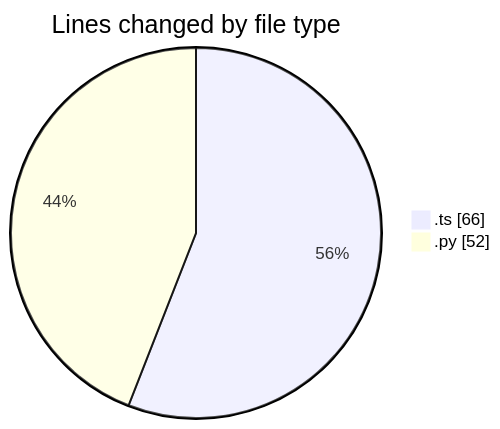
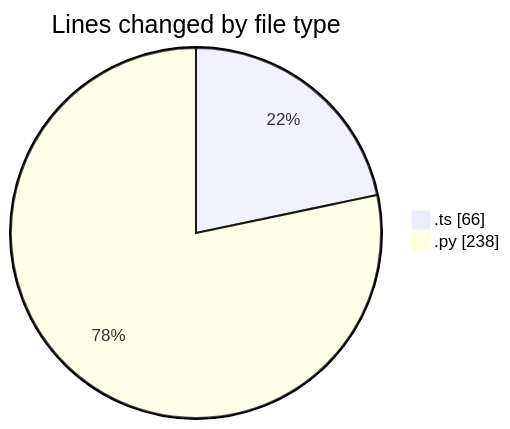
One commit to Elitesun/code-tracking changed the first of 2 diagrams in 2025-05-19/niten/README.md. Above: the diagram before and after it, drawn with Mermaid. The commit also changed other lines of this file and 1 other file, not shown here.

````diff
--- a/2025-05-19/niten/README.md
+++ b/2025-05-19/niten/README.md
@@ -21,6 +22,6 @@
 ```mermaid
 pie showData
 title Lines changed by file type
 ".ts" : 66
-".py" : 52
+".py" : 238
 ```
````
